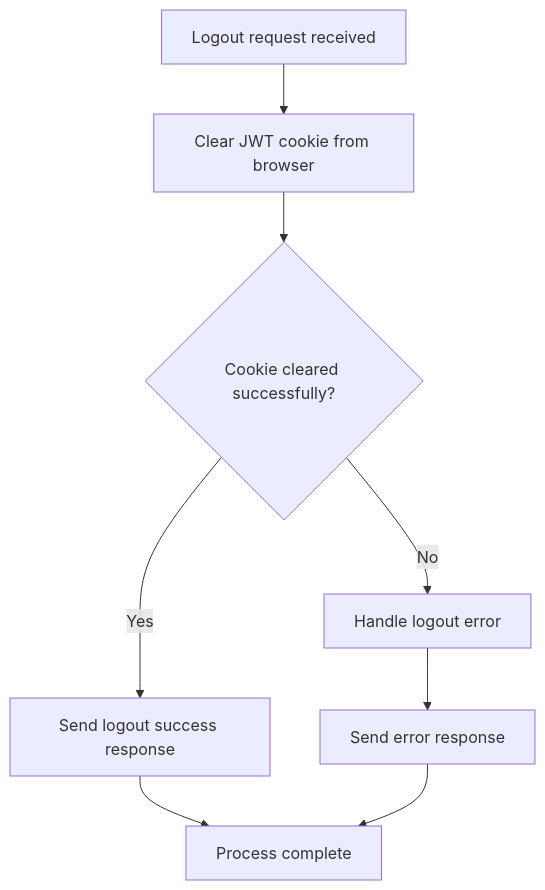
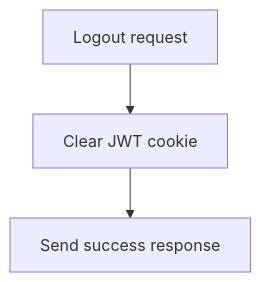
One commit to thehiten/node-js-code changed the fourth of 11 diagrams in README.md. Above: the diagram before and after it, drawn with Mermaid. The commit also changed other lines of this file, not shown here.

````diff
--- a/README.md
+++ b/README.md
@@ -166,10 +139,5 @@
 ```mermaid
 graph TD
-    A[Logout request received] --> B[Clear JWT cookie from browser]
-    B --> C{Cookie cleared successfully?}
-    C -->|Yes| D[Send logout success response]
-    C -->|No| E[Handle logout error]
-    D --> F[Process complete]
-    E --> G[Send error response]
-    G --> F
+    A[Logout request] --> B[Clear JWT cookie]
+    B --> C[Send success response]
 ```
````
